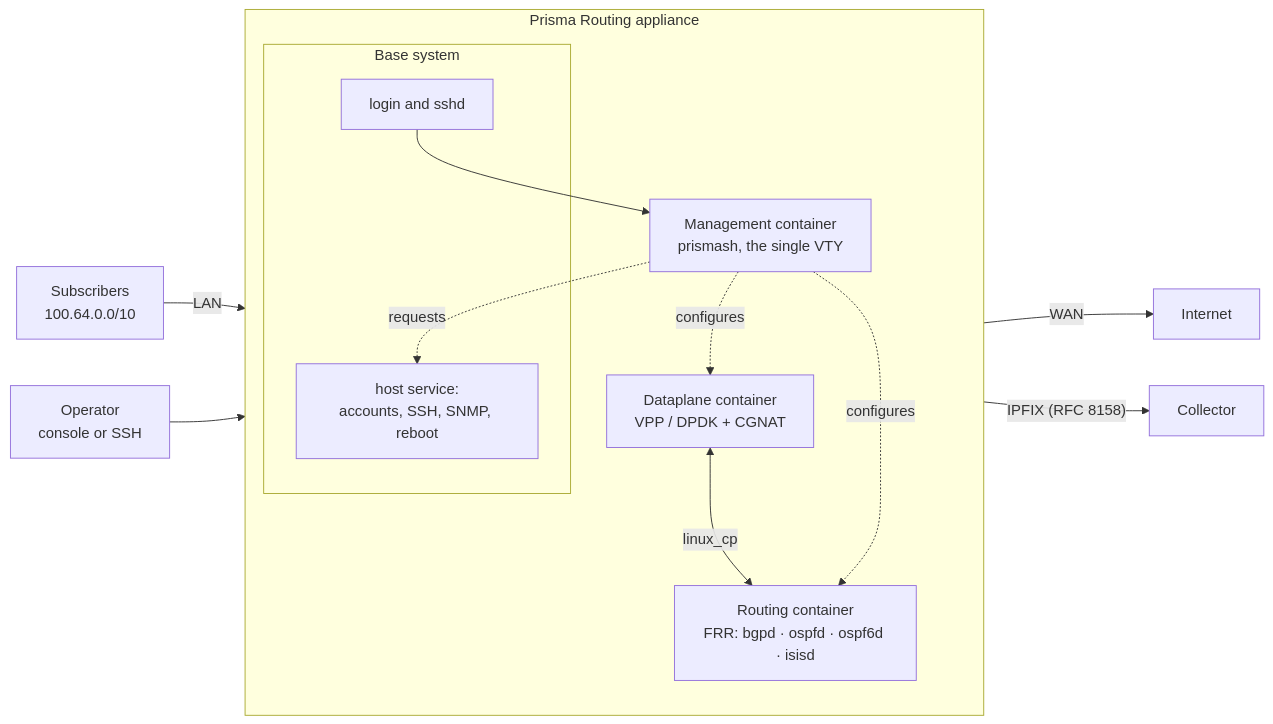
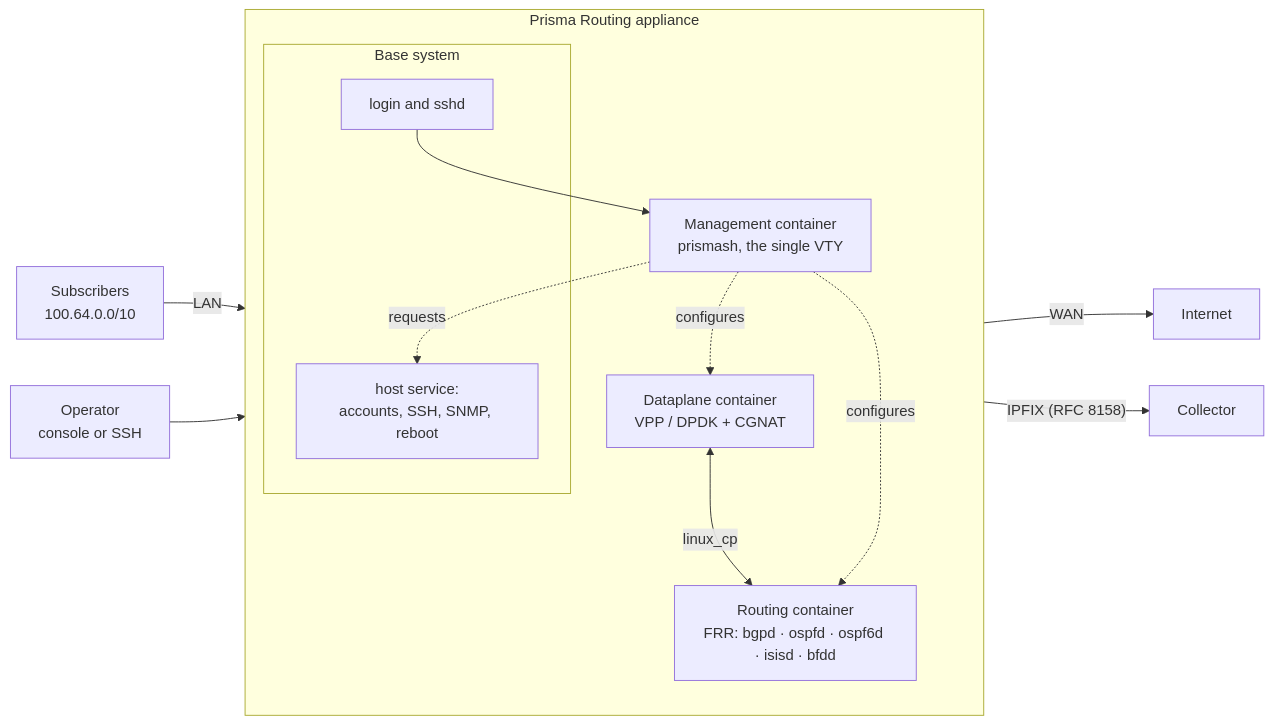
Before and after one commit to andrediashexa/prismarouting: the diagram in wiki/understanding-the-product/prisma-routing-overview.md, drawn with Mermaid. The commit also changed other lines of this file and 101 other files, not shown here.

````diff
--- a/wiki/understanding-the-product/prisma-routing-overview.md
+++ b/wiki/understanding-the-product/prisma-routing-overview.md
@@ -20,22 +20,22 @@
 ```mermaid
 flowchart LR
     SUB["Subscribers<br/>100.64.0.0/10"] -->|LAN| VPP
     OP["Operator<br/>console or SSH"] --> LOGIN
     subgraph BOX["Prisma Routing appliance"]
         direction TB
         subgraph HOST["Base system"]
             LOGIN["login and sshd"]
             DOORS["host service:<br/>accounts, SSH, SNMP, reboot"]
         end
         VPP["Dataplane container<br/>VPP / DPDK + CGNAT"]
-        FRR["Routing container<br/>FRR: bgpd · ospfd · ospf6d · isisd"]
+        FRR["Routing container<br/>FRR: bgpd · ospfd · ospf6d · isisd · bfdd"]
         VTY["Management container<br/>prismash, the single VTY"]
         LOGIN --> VTY
         VPP <-->|"linux_cp"| FRR
         VTY -.->|configures| VPP
         VTY -.->|configures| FRR
         VTY -.->|requests| DOORS
     end
     VPP -->|WAN| NET["Internet"]
     VPP -->|"IPFIX (RFC 8158)"| COL["Collector"]
 ```
````
